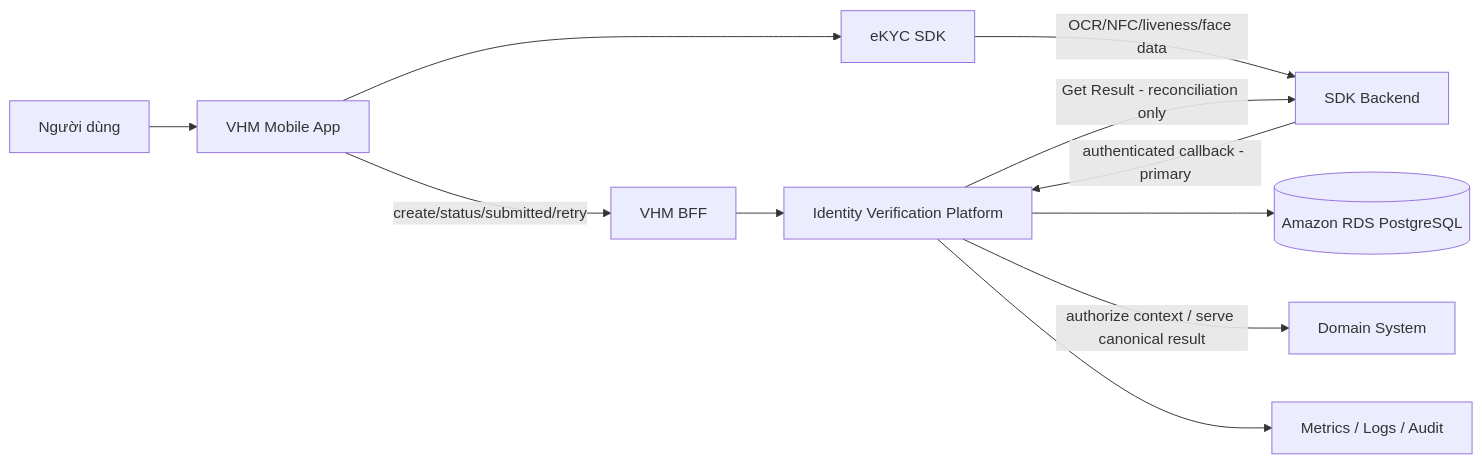
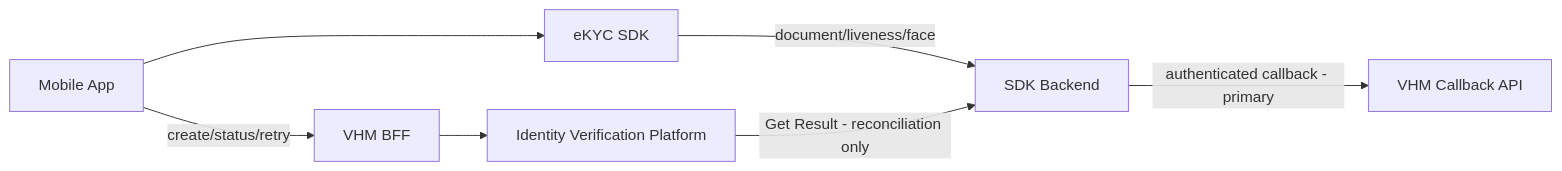
One commit to huynv-xyz/vhm changed the third of 22 diagrams in tdd2.md. Above: the diagram before and after it, drawn with Mermaid. The commit also changed other lines of this file, not shown here.

````diff
--- a/tdd2.md
+++ b/tdd2.md
@@ -137,13 +368,9 @@
 ```mermaid
 flowchart LR
-    USER["Người dùng"] --> MOBILE["VHM Mobile App"]
-    MOBILE -->|create/status/submitted/retry| BFF["VHM BFF"]
-    BFF --> PLATFORM["Identity Verification Platform"]
-    MOBILE --> SDK["eKYC SDK"]
-    SDK -->|OCR/NFC/liveness/face data| SDK_BACKEND["SDK Backend"]
-    SDK_BACKEND -->|authenticated callback - primary| PLATFORM
-    PLATFORM -->|Get Result - reconciliation only| SDK_BACKEND
-    PLATFORM --> DB[("Amazon RDS PostgreSQL")]
-    PLATFORM -->|authorize context / serve canonical result| DOMAIN["Domain System"]
-    PLATFORM --> OBS["Metrics / Logs / Audit"]
+    APP["Mobile App"] -->|create/status/retry| BFF["VHM BFF"]
+    BFF --> IV["Identity Verification Platform"]
+    APP --> SDK["eKYC SDK"]
+    SDK -->|document/liveness/face| PROVIDER["SDK Backend"]
+    PROVIDER -->|authenticated callback - primary| CALLBACK["VHM Callback API"]
+    IV -->|Get Result - reconciliation only| PROVIDER
 ```
````
